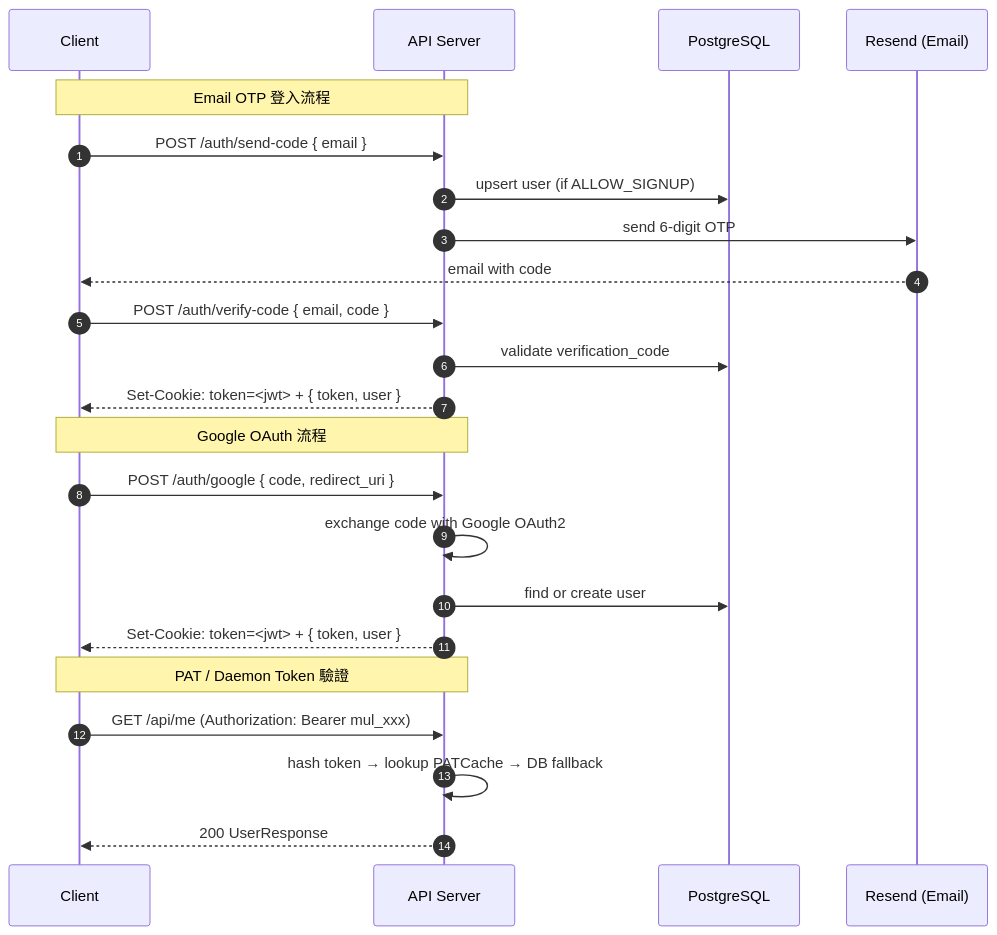
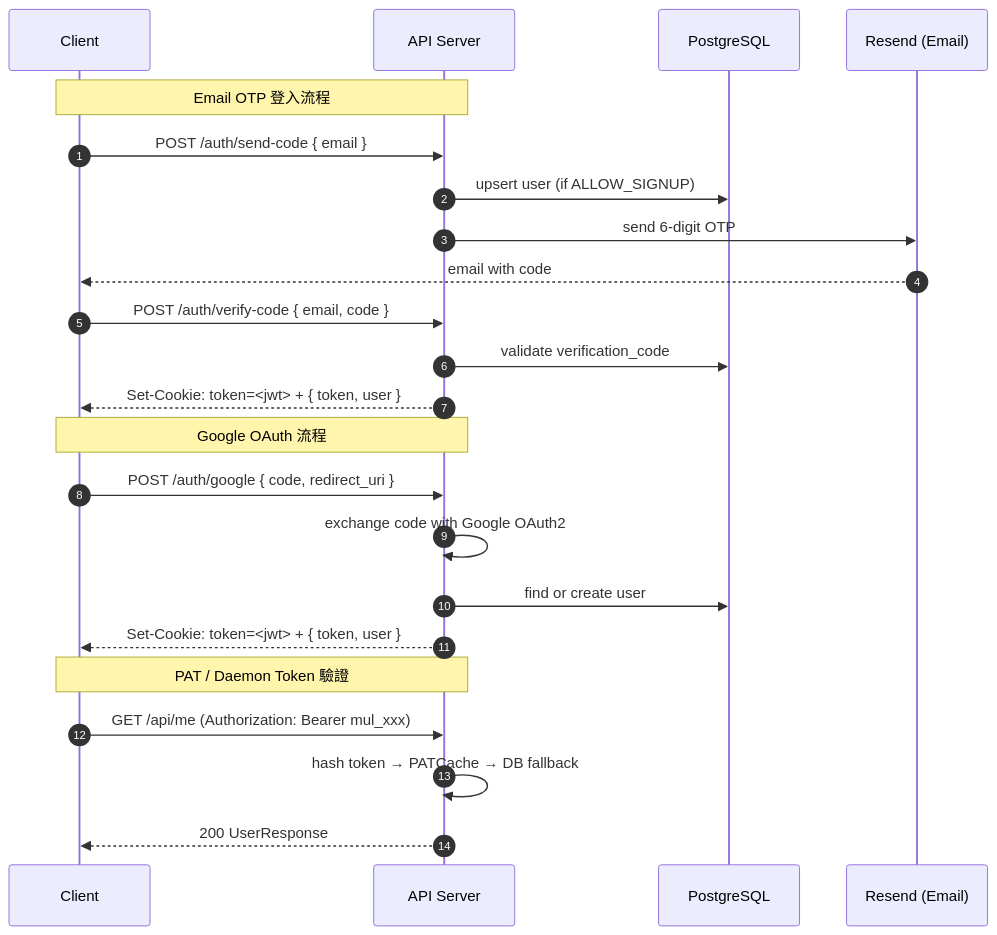
Before and after one commit to pichiu/multica: the diagram in .trace/API_SURFACE.md, drawn with Mermaid. The commit also changed other lines of this file, not shown here.

````diff
--- a/.trace/API_SURFACE.md
+++ b/.trace/API_SURFACE.md
@@ -42,28 +38,28 @@
 ```mermaid
 sequenceDiagram
     autonumber
     participant C as Client
     participant S as API Server
     participant DB as PostgreSQL
     participant E as Resend (Email)
 
     Note over C,S: Email OTP 登入流程
     C->>S: POST /auth/send-code { email }
     S->>DB: upsert user (if ALLOW_SIGNUP)
     S->>E: send 6-digit OTP
     E-->>C: email with code
     C->>S: POST /auth/verify-code { email, code }
     S->>DB: validate verification_code
     S-->>C: Set-Cookie: token=<jwt> + { token, user }
 
     Note over C,S: Google OAuth 流程
     C->>S: POST /auth/google { code, redirect_uri }
     S->>S: exchange code with Google OAuth2
     S->>DB: find or create user
     S-->>C: Set-Cookie: token=<jwt> + { token, user }
 
     Note over C,S: PAT / Daemon Token 驗證
     C->>S: GET /api/me (Authorization: Bearer mul_xxx)
-    S->>S: hash token → lookup PATCache → DB fallback
+    S->>S: hash token → PATCache → DB fallback
     S-->>C: 200 UserResponse
 ```
````
